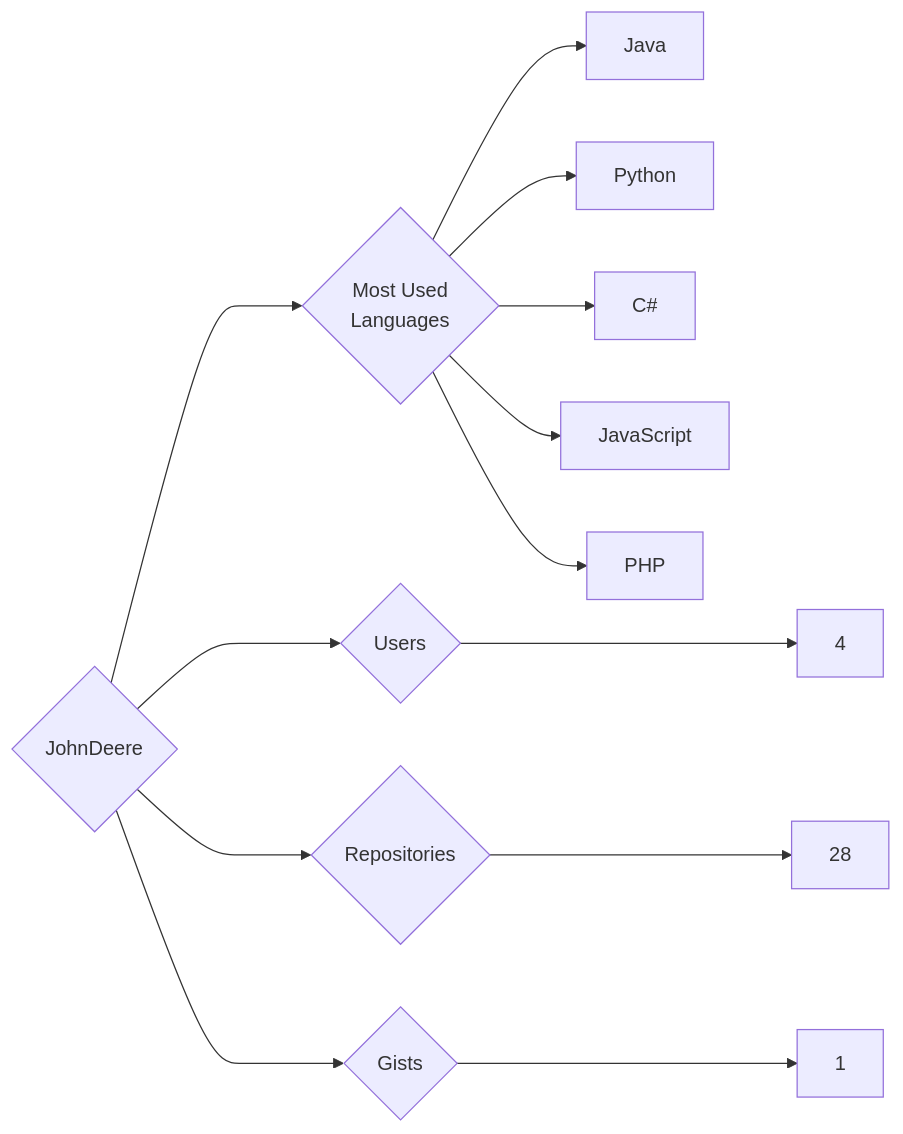
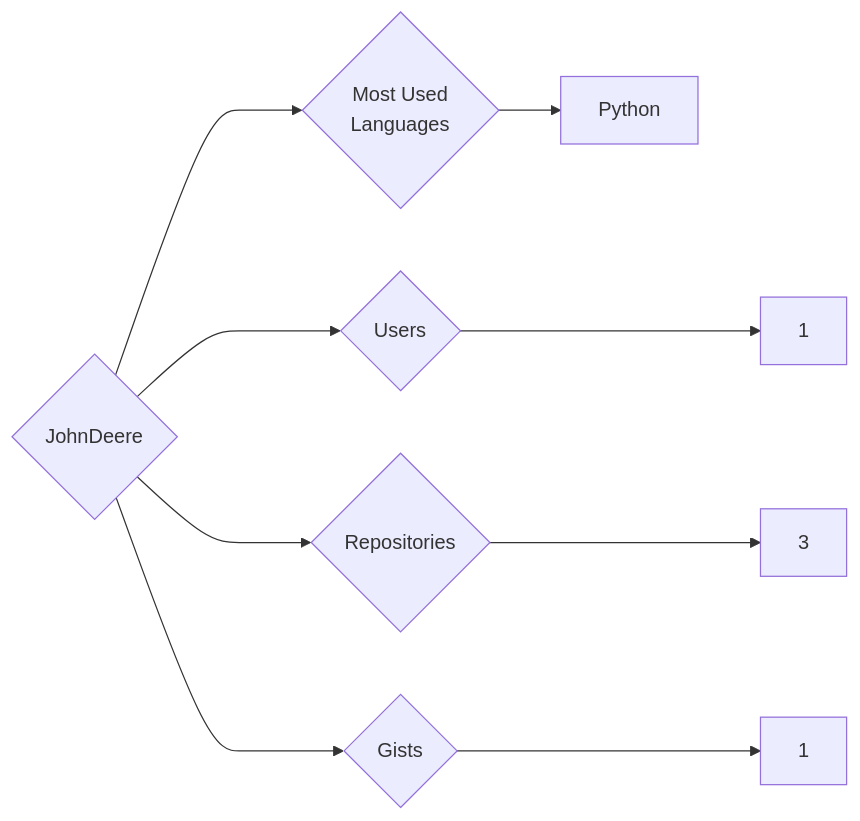
The diagram in targets/JohnDeere/README.md (trickest/insiders), drawn with Mermaid before and after one commit. The commit also changed 786 other files, not shown here.

````diff
--- a/targets/JohnDeere/README.md
+++ b/targets/JohnDeere/README.md
@@ -3,13 +3,9 @@
 ```mermaid
 graph LR
 COMPANY_NAME{JohnDeere}
-COMPANY_NAME ---> U{Users} ---> UN[4]
-COMPANY_NAME ---> R{Repositories} ---> RN[28]
+COMPANY_NAME ---> U{Users} ---> UN[1]
+COMPANY_NAME ---> R{Repositories} ---> RN[3]
 COMPANY_NAME ---> G{Gists} ---> GN[1]
 COMPANY_NAME ---> ML{Most Used<br>Languages}
-ML --> Java[Java]
 ML --> Python[Python]
-ML --> C#[C#]
-ML --> JavaScript[JavaScript]
-ML --> PHP[PHP]
 ```
````
